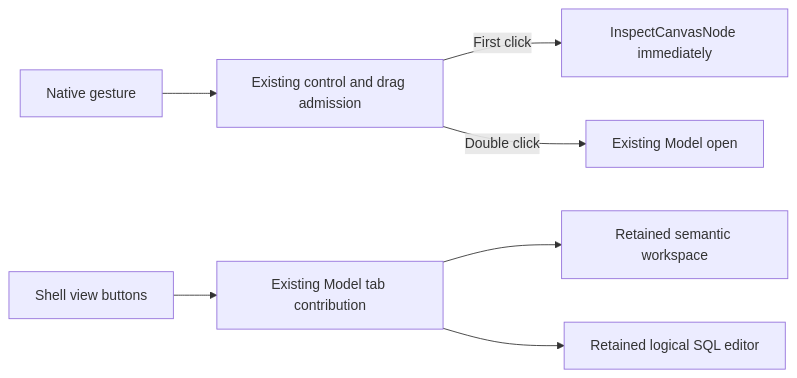
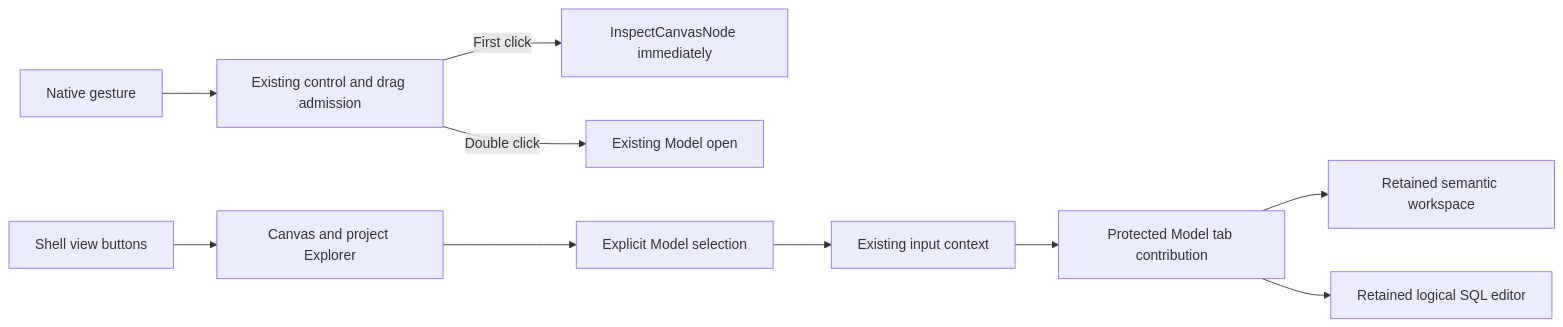
Before and after one commit to dunay2/dvt: the diagram in docs/architecture/components/web/appshell/model-view-navigation.md, drawn with Mermaid. The commit also changed other lines of this file, not shown here.

Commit message:
docs(web): Define scoped Explorer presentation across Model views

````diff
--- a/docs/architecture/components/web/appshell/model-view-navigation.md
+++ b/docs/architecture/components/web/appshell/model-view-navigation.md
@@ -37,9 +37,12 @@
 ```mermaid
 flowchart LR
   Gesture[Native gesture] --> Admission[Existing control and drag admission]
   Admission -->|First click| Inspect[InspectCanvasNode immediately]
   Admission -->|Double click| Open[Existing Model open]
-  Rail[Shell view buttons] --> Tab[Existing Model tab contribution]
+  Rail[Shell view buttons] --> Browse[Canvas and project Explorer]
+  Browse --> Pick[Explicit Model selection]
+  Pick --> Context[Existing input context]
+  Context --> Tab[Protected Model tab contribution]
   Tab --> Semantic[Retained semantic workspace]
   Tab --> SQL[Retained logical SQL editor]
 ```
````
